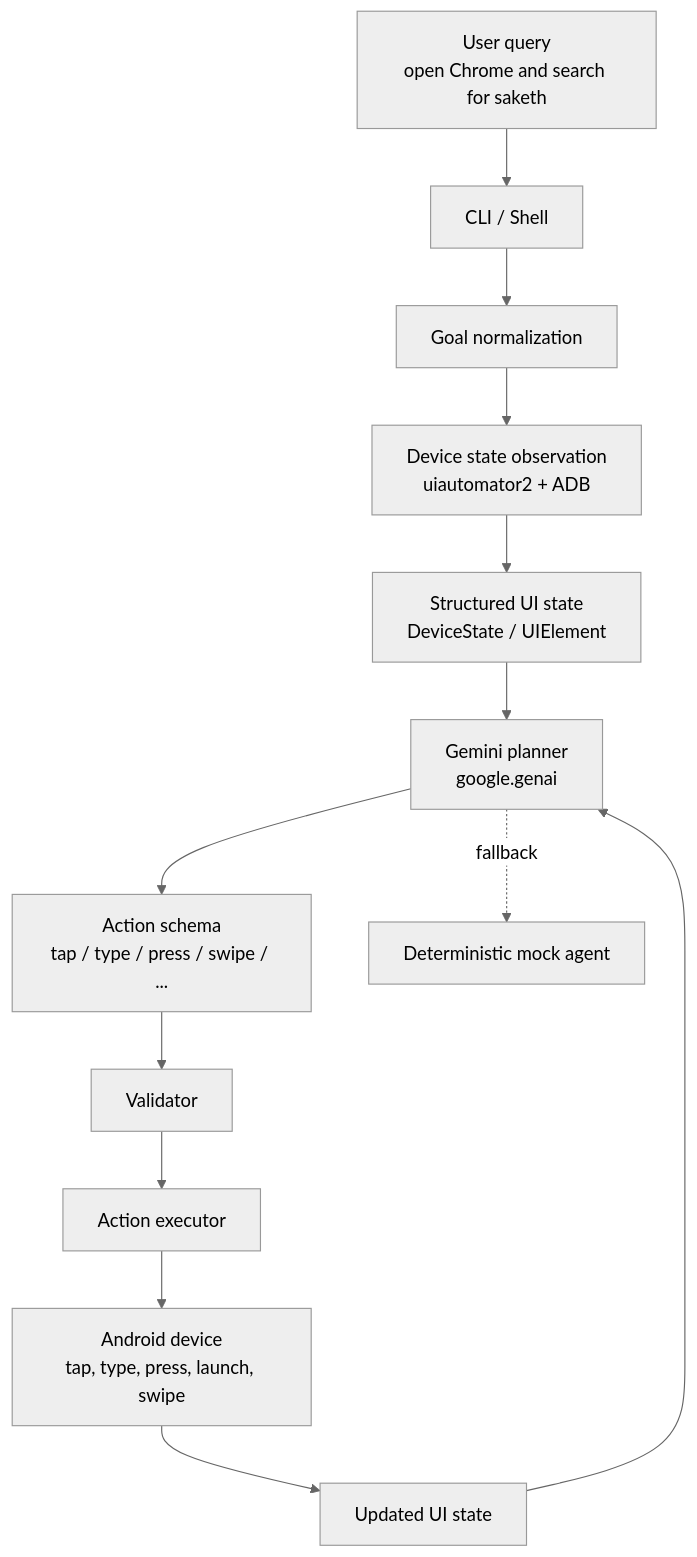
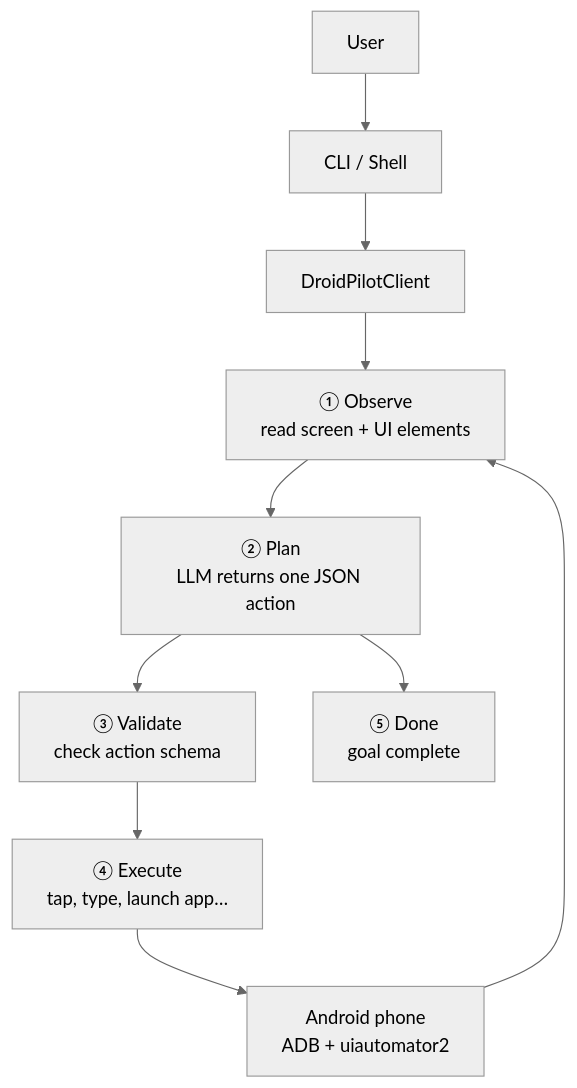
The diagram in README.md (Saketh2611/DroidPilot), drawn with Mermaid (neutral theme) before and after one commit. The commit also changed other lines of this file, not shown here.

````diff
--- a/README.md
+++ b/README.md
@@ -16,16 +51,14 @@
 ```mermaid
 flowchart TD
-    A["User query<br/>open Chrome and search for saketh"] --> B["CLI / Shell"]
-    B --> C["Goal normalization"]
-    C --> D["Device state observation<br/>uiautomator2 + ADB"]
-    D --> E["Structured UI state<br/>DeviceState / UIElement"]
-    E --> F["Gemini planner<br/>google.genai"]
-    F --> G["Action schema<br/>tap / type / press / swipe / ..."]
-    G --> H["Validator"]
-    H --> I["Action executor"]
-    I --> J["Android device<br/>tap, type, press, launch, swipe"]
-    J --> K["Updated UI state"]
-    K --> F
+    User["User"] --> CLI["CLI / Shell"]
+    CLI --> Client["DroidPilotClient"]
 
-    F -. fallback .-> L["Deterministic mock agent"]
+    Client --> Observe["① Observe<br/>read screen + UI elements"]
+    Observe --> Plan["② Plan<br/>LLM returns one JSON action"]
+    Plan --> Validate["③ Validate<br/>check action schema"]
+    Validate --> Execute["④ Execute<br/>tap, type, launch app…"]
+    Execute --> Phone["Android phone<br/>ADB + uiautomator2"]
+
+    Phone --> Observe
+    Plan --> Done["⑤ Done<br/>goal complete"]
 ```
````
